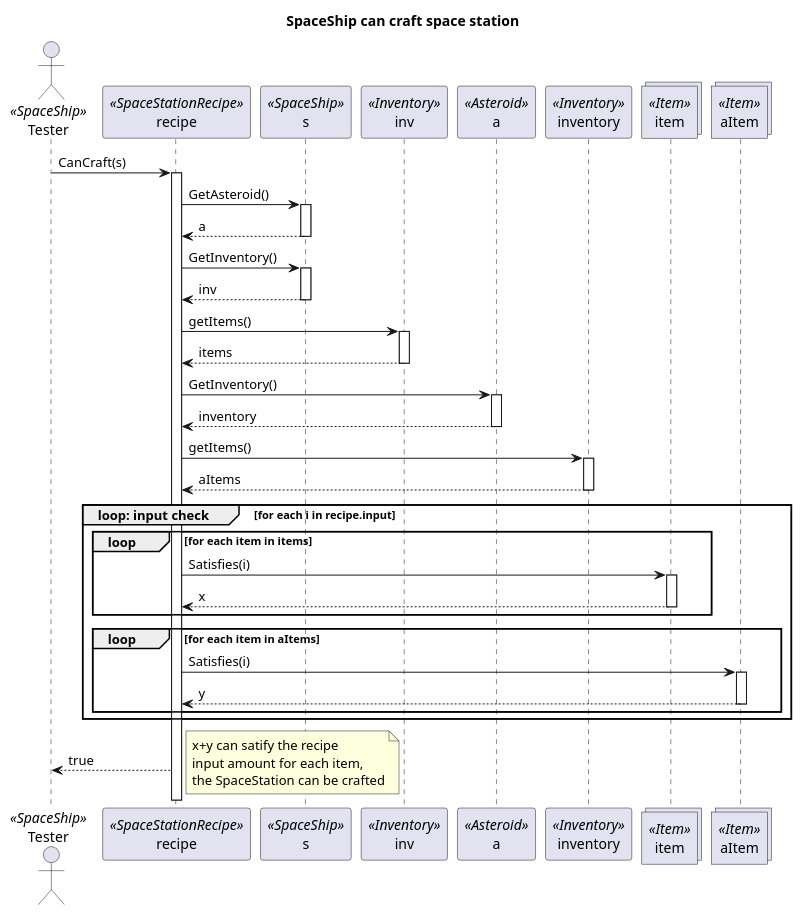
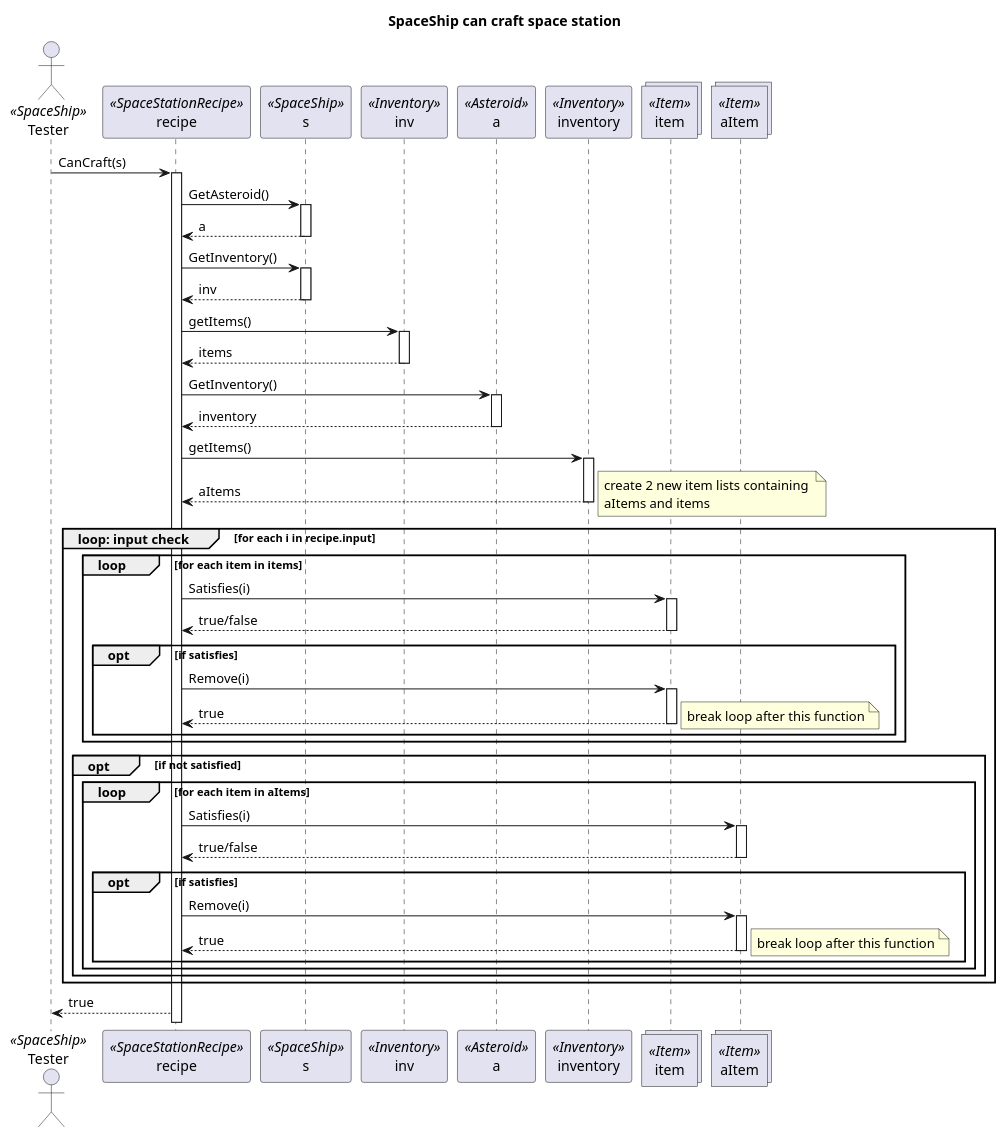
One commit to viseguard-studios/Documentation changed the diagram in docs/bead07/Diagrams/CraftSpaceStation/2.Possible_to_craft_station.puml. Above: the diagram before and after it, drawn with PlantUML. The commit also changed 6 other files, not shown here.

```diff
--- a/docs/bead07/Diagrams/CraftSpaceStation/2.Possible_to_craft_station.puml
+++ b/docs/bead07/Diagrams/CraftSpaceStation/2.Possible_to_craft_station.puml
@@ -1,53 +1,70 @@
 @startuml
 actor Tester as Tester <<SpaceShip>>
 participant recipe as recipe <<SpaceStationRecipe>>
 participant s as s <<SpaceShip>>
 participant inv as inv <<Inventory>>
 participant a as a <<Asteroid>>
 participant inventory as inventory <<Inventory>>
 collections item as item <<Item>>
 collections aItem as aItem <<Item>>
 
 title SpaceShip can craft space station
 
 Tester-> recipe++: CanCraft(s)
 recipe -> s++: GetAsteroid()
 
 s --> recipe--: a
 recipe -> s++: GetInventory()
 
 s --> recipe--: inv
 
 recipe -> inv++: getItems()
 inv --> recipe--: items
 
 recipe -> a++: GetInventory()
 a --> recipe--: inventory
 
 recipe -> inventory++: getItems()
 inventory --> recipe--: aItems
 
+note right
+create 2 new item lists containing 
+aItems and items 
+end note
+
 group loop: input check[for each i in recipe.input]
 
     group loop [for each item in items]
         recipe -> item++: Satisfies(i)
-        item --> recipe--: x
+        item --> recipe--: true/false
+        opt if satisfies
+        recipe -> item++: Remove(i)
+        item --> recipe--: true
+
+        note right
+        break loop after this function
+        end note
+
+        end
     end
 
-    group loop [for each item in aItems]
-        recipe -> aItem++: Satisfies(i)
-        aItem --> recipe--: y
+    opt if not satisfied
+            group loop [for each item in aItems]
+            recipe -> aItem++: Satisfies(i)
+            aItem --> recipe--: true/false
+                opt if satisfies
+                recipe -> aItem++: Remove(i)
+                aItem --> recipe--: true
+
+                note right
+                break loop after this function
+                end note
+
+                end
+            end
     end
+
 end
 
 recipe --> Tester: true
-
-note right
-x+y can satify the recipe
-input amount for each item,
-the SpaceStation can be crafted
-end note
-
-
-
 @enduml
```
